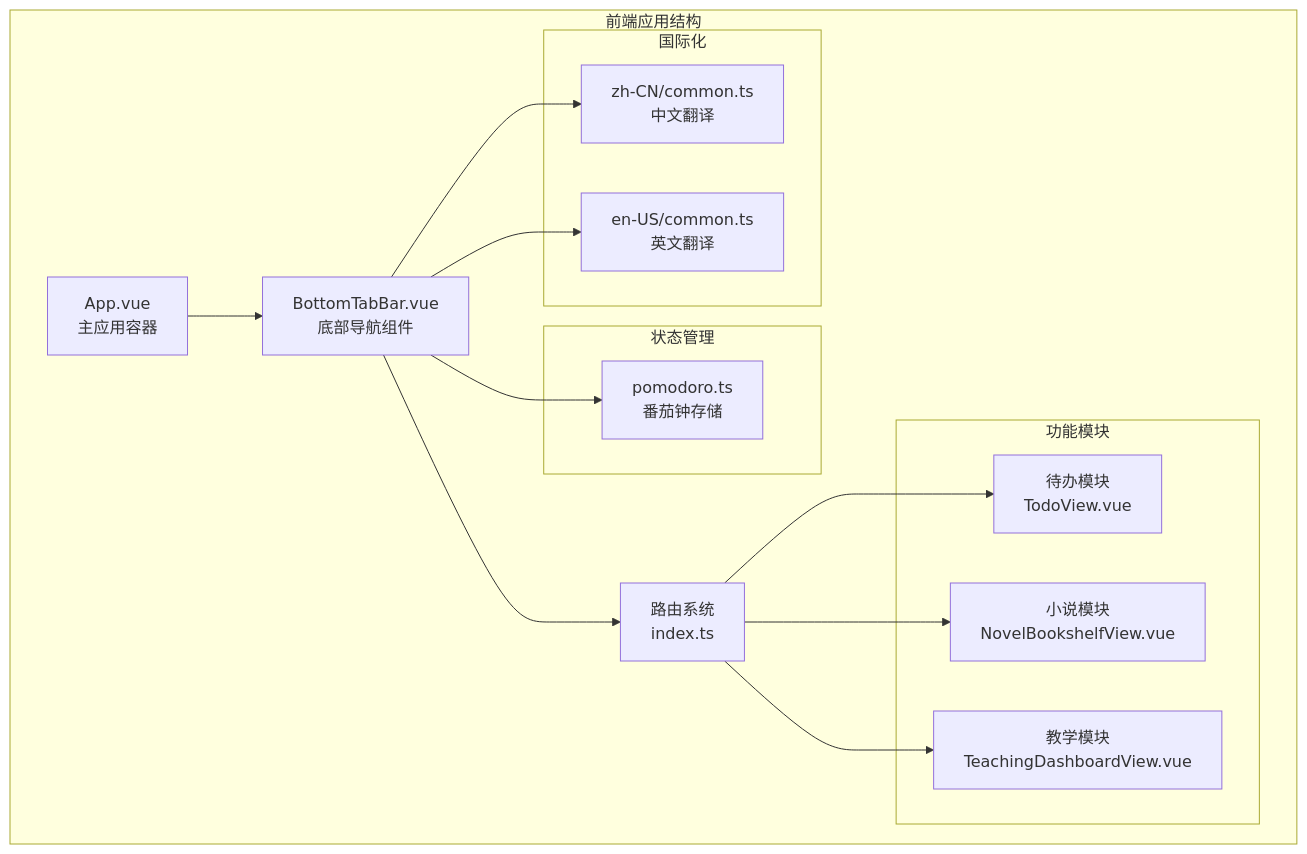
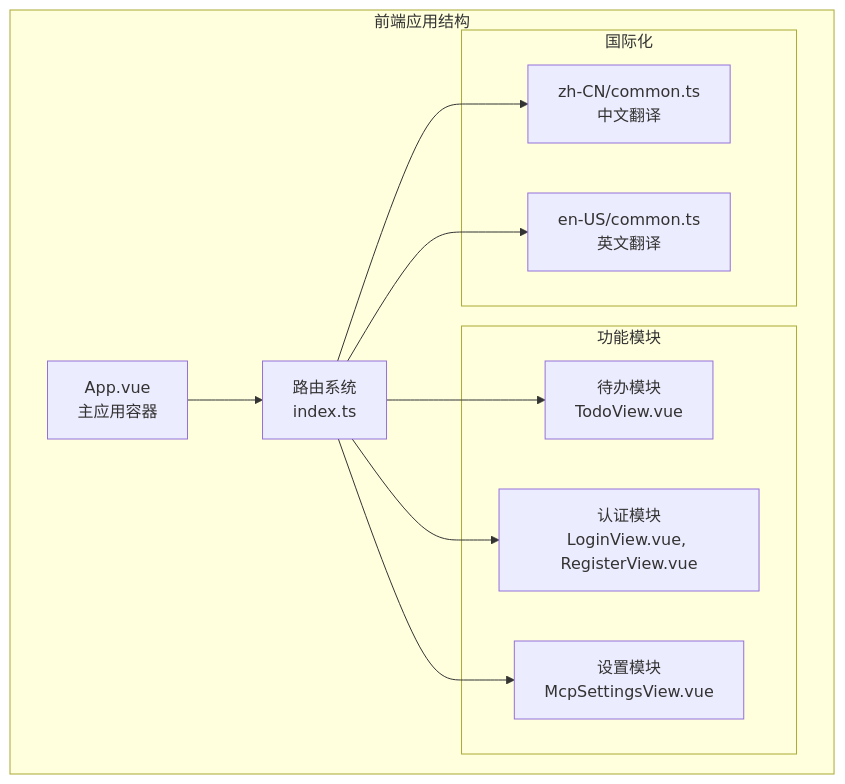
One commit to xixixiaoyu/Todo changed the first of 4 diagrams in .qoder/repowiki/zh/content/前端架构/组件设计/UI组件库/导航组件/底部导航栏.md. Above: the diagram before and after it, drawn with Mermaid. The commit also changed other lines of this file and 6 other files, not shown here.

````diff
--- a/.qoder/repowiki/zh/content/前端架构/组件设计/UI组件库/导航组件/底部导航栏.md
+++ b/.qoder/repowiki/zh/content/前端架构/组件设计/UI组件库/导航组件/底部导航栏.md
@@ -34,28 +39,22 @@
 ```mermaid
 graph TB
 subgraph "前端应用结构"
 App[App.vue<br/>主应用容器]
-BottomTabBar[BottomTabBar.vue<br/>底部导航组件]
 Router[路由系统<br/>index.ts]
 subgraph "功能模块"
 Todo[待办模块<br/>TodoView.vue]
-Novel[小说模块<br/>NovelBookshelfView.vue]
-Teaching[教学模块<br/>TeachingDashboardView.vue]
-end
-subgraph "状态管理"
-PomodoroStore[pomodoro.ts<br/>番茄钟存储]
+Auth[认证模块<br/>LoginView.vue, RegisterView.vue]
+Settings[设置模块<br/>McpSettingsView.vue]
 end
 subgraph "国际化"
 ZhCN[zh-CN/common.ts<br/>中文翻译]
 EnUS[en-US/common.ts<br/>英文翻译]
 end
 end
-App --> BottomTabBar
-BottomTabBar --> Router
-BottomTabBar --> PomodoroStore
-BottomTabBar --> ZhCN
-BottomTabBar --> EnUS
+App --> Router
 Router --> Todo
-Router --> Novel
-Router --> Teaching
+Router --> Auth
+Router --> Settings
+Router --> ZhCN
+Router --> EnUS
 ```
````
